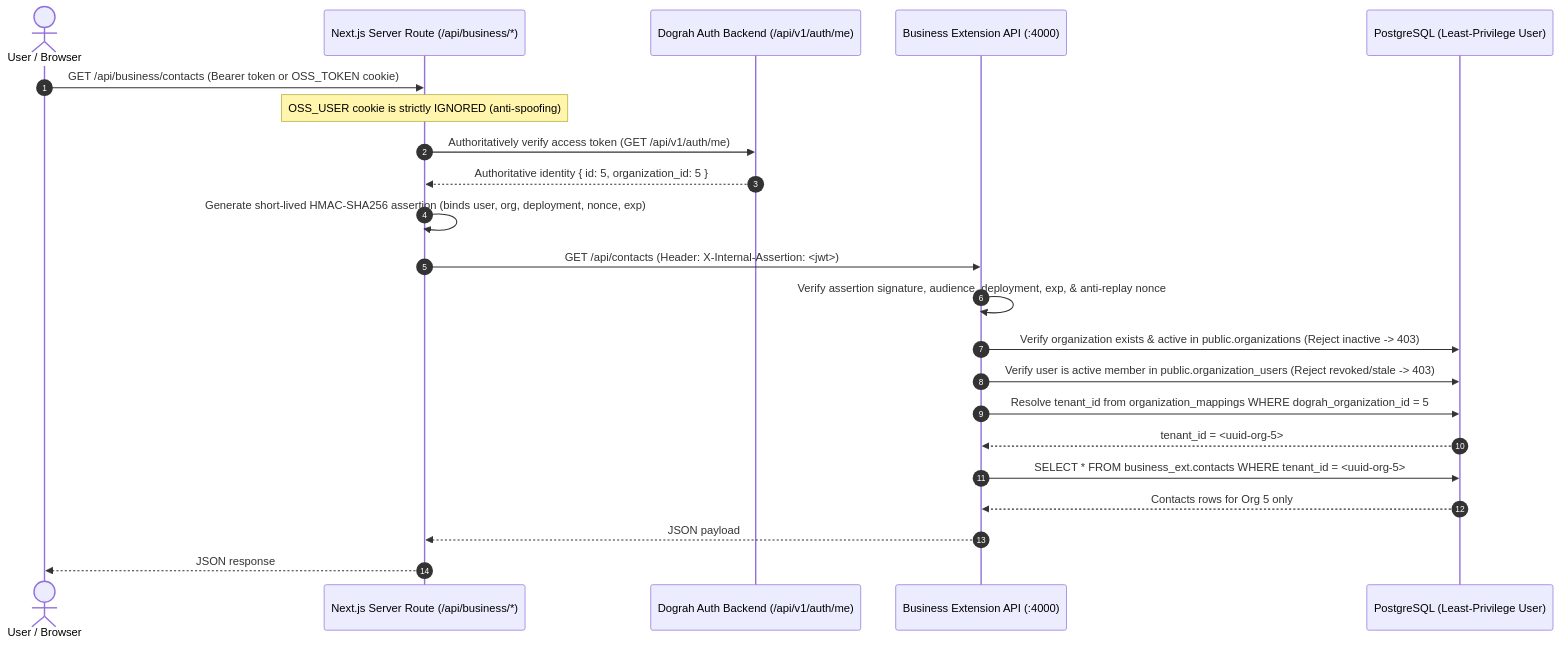
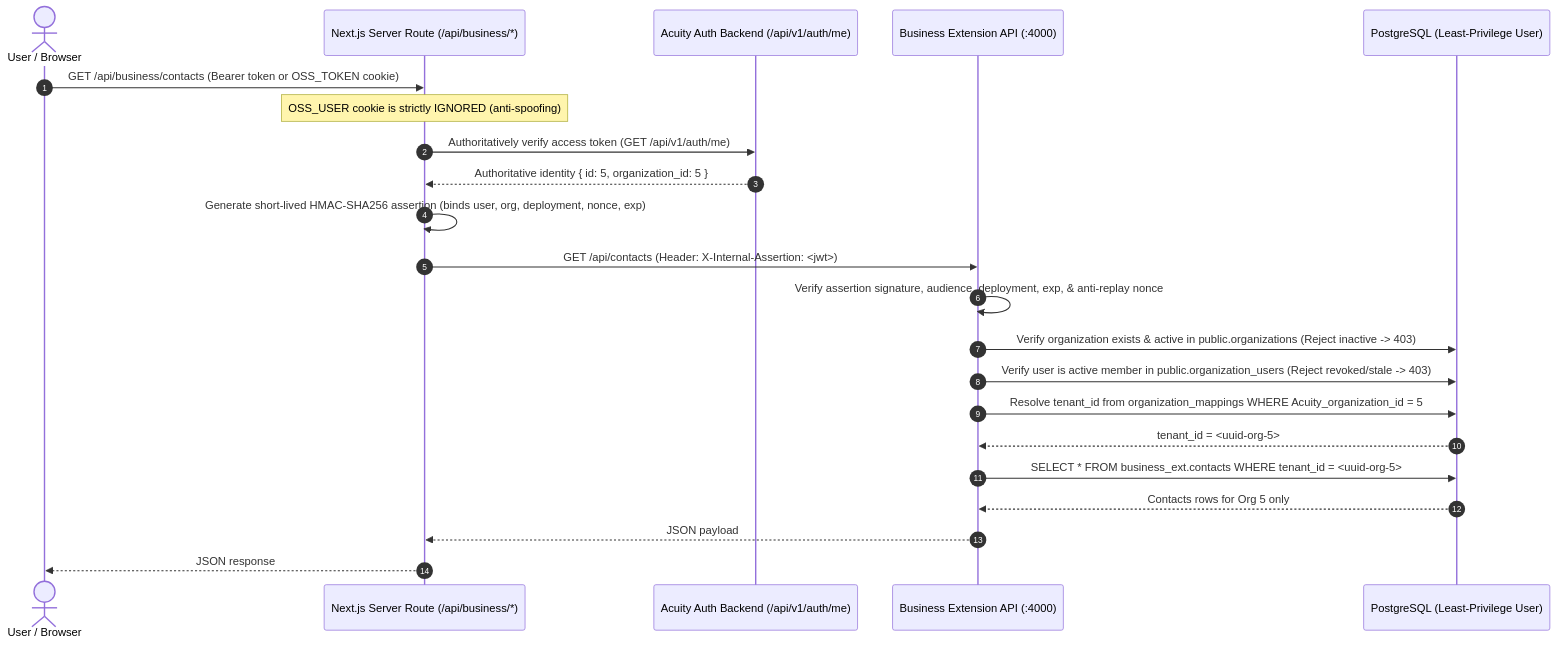
One commit to tejinder-gh/dograh changed the diagram in docs/business-extension/ARCHITECTURE.md. Above: the diagram before and after it, drawn with Mermaid. The commit also changed other lines of this file and 594 other files, not shown here.

````diff
--- a/docs/business-extension/ARCHITECTURE.md
+++ b/docs/business-extension/ARCHITECTURE.md
@@ -102,25 +102,25 @@
 ```mermaid
 sequenceDiagram
     autonumber
     actor User as User / Browser
     participant NextUI as Next.js Server Route (/api/business/*)
-    participant DograhAuth as Dograh Auth Backend (/api/v1/auth/me)
+    participant AcuityAuth as Acuity Auth Backend (/api/v1/auth/me)
     participant BizAPI as Business Extension API (:4000)
     participant DB as PostgreSQL (Least-Privilege User)
 
     User->>NextUI: GET /api/business/contacts (Bearer token or OSS_TOKEN cookie)
     Note over NextUI: OSS_USER cookie is strictly IGNORED (anti-spoofing)
-    NextUI->>DograhAuth: Authoritatively verify access token (GET /api/v1/auth/me)
-    DograhAuth-->>NextUI: Authoritative identity { id: 5, organization_id: 5 }
+    NextUI->>AcuityAuth: Authoritatively verify access token (GET /api/v1/auth/me)
+    AcuityAuth-->>NextUI: Authoritative identity { id: 5, organization_id: 5 }
     NextUI->>NextUI: Generate short-lived HMAC-SHA256 assertion (binds user, org, deployment, nonce, exp)
     NextUI->>BizAPI: GET /api/contacts (Header: X-Internal-Assertion: <jwt>)
     BizAPI->>BizAPI: Verify assertion signature, audience, deployment, exp, & anti-replay nonce
     BizAPI->>DB: Verify organization exists & active in public.organizations (Reject inactive -> 403)
     BizAPI->>DB: Verify user is active member in public.organization_users (Reject revoked/stale -> 403)
-    BizAPI->>DB: Resolve tenant_id from organization_mappings WHERE dograh_organization_id = 5
+    BizAPI->>DB: Resolve tenant_id from organization_mappings WHERE Acuity_organization_id = 5
     DB-->>BizAPI: tenant_id = <uuid-org-5>
     BizAPI->>DB: SELECT * FROM business_ext.contacts WHERE tenant_id = <uuid-org-5>
     DB-->>BizAPI: Contacts rows for Org 5 only
     BizAPI-->>NextUI: JSON payload
     NextUI-->>User: JSON response
 ```
````
